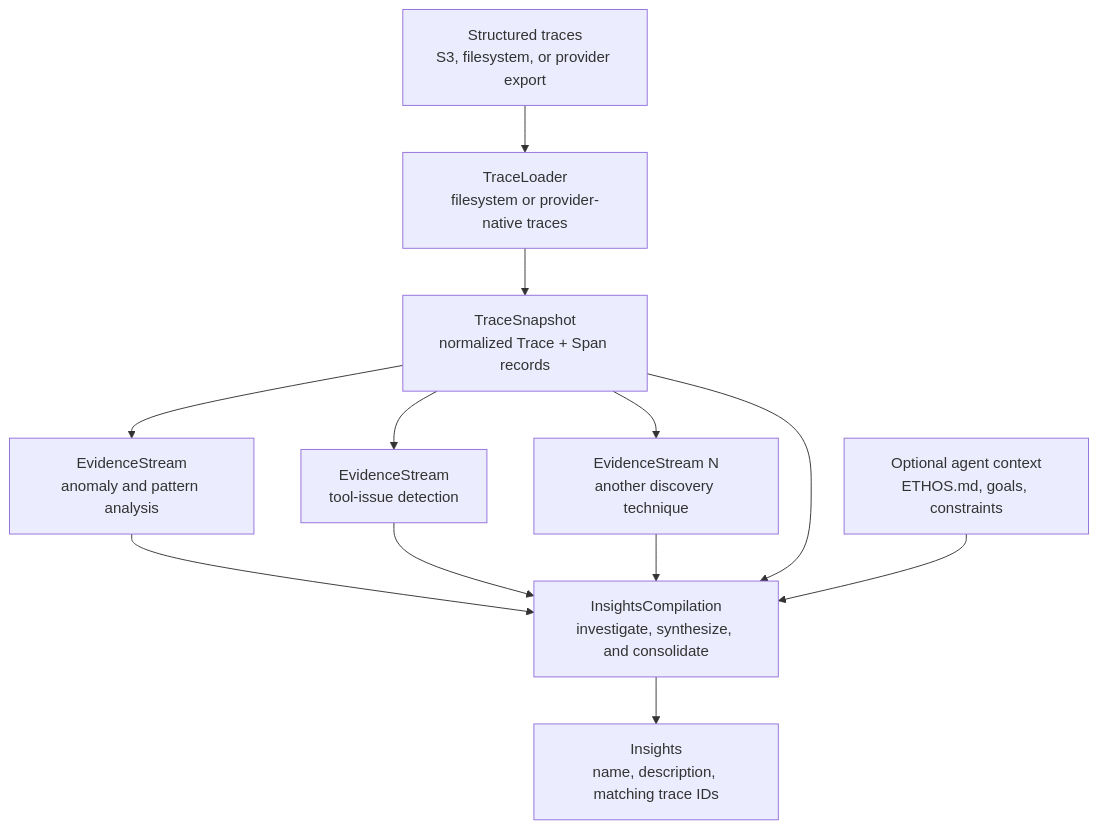
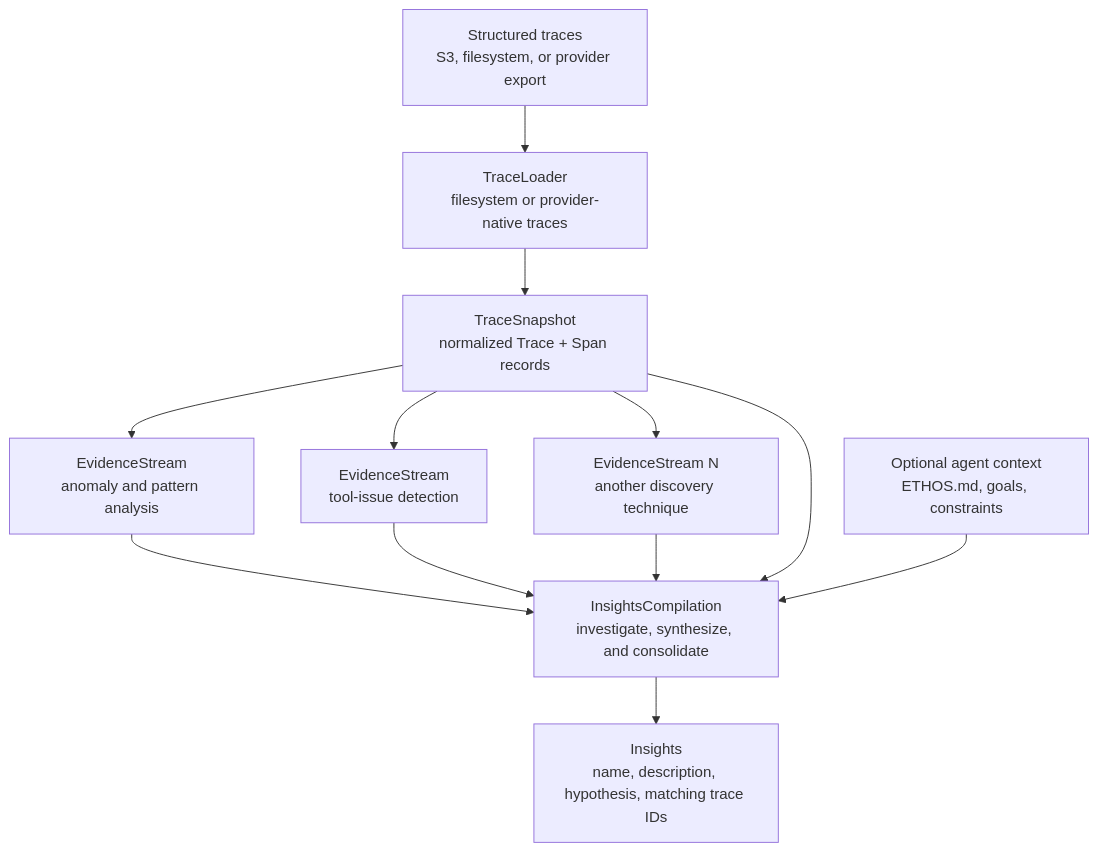
The diagram in docs/architecture.md (NVIDIA-NeMo/labs-trace-intel), drawn with Mermaid before and after one commit. The commit also changed 3 other files, not shown here.

First line of the commit message:
Separate actionable fix from insight description via hypothesis field

````diff
--- a/docs/architecture.md
+++ b/docs/architecture.md
@@ -26,22 +26,22 @@
 ```mermaid
 flowchart TB
     source["Structured traces<br/>S3, filesystem, or provider export"]
     loader["TraceLoader<br/>filesystem or provider-native traces"]
     snapshot["TraceSnapshot<br/>normalized Trace + Span records"]
 
     stream1["EvidenceStream<br/>anomaly and pattern analysis"]
     stream2["EvidenceStream<br/>tool-issue detection"]
     streamN["EvidenceStream N<br/>another discovery technique"]
 
     context["Optional agent context<br/>ETHOS.md, goals, constraints"]
     generation["InsightsCompilation<br/>investigate, synthesize, and consolidate"]
-    insights["Insights<br/>name, description, matching trace IDs"]
+    insights["Insights<br/>name, description, hypothesis, matching trace IDs"]
 
     source --> loader --> snapshot
     snapshot --> stream1 --> generation
     snapshot --> stream2 --> generation
     snapshot --> streamN --> generation
     snapshot --> generation
     context --> generation
     generation --> insights
 ```
````
